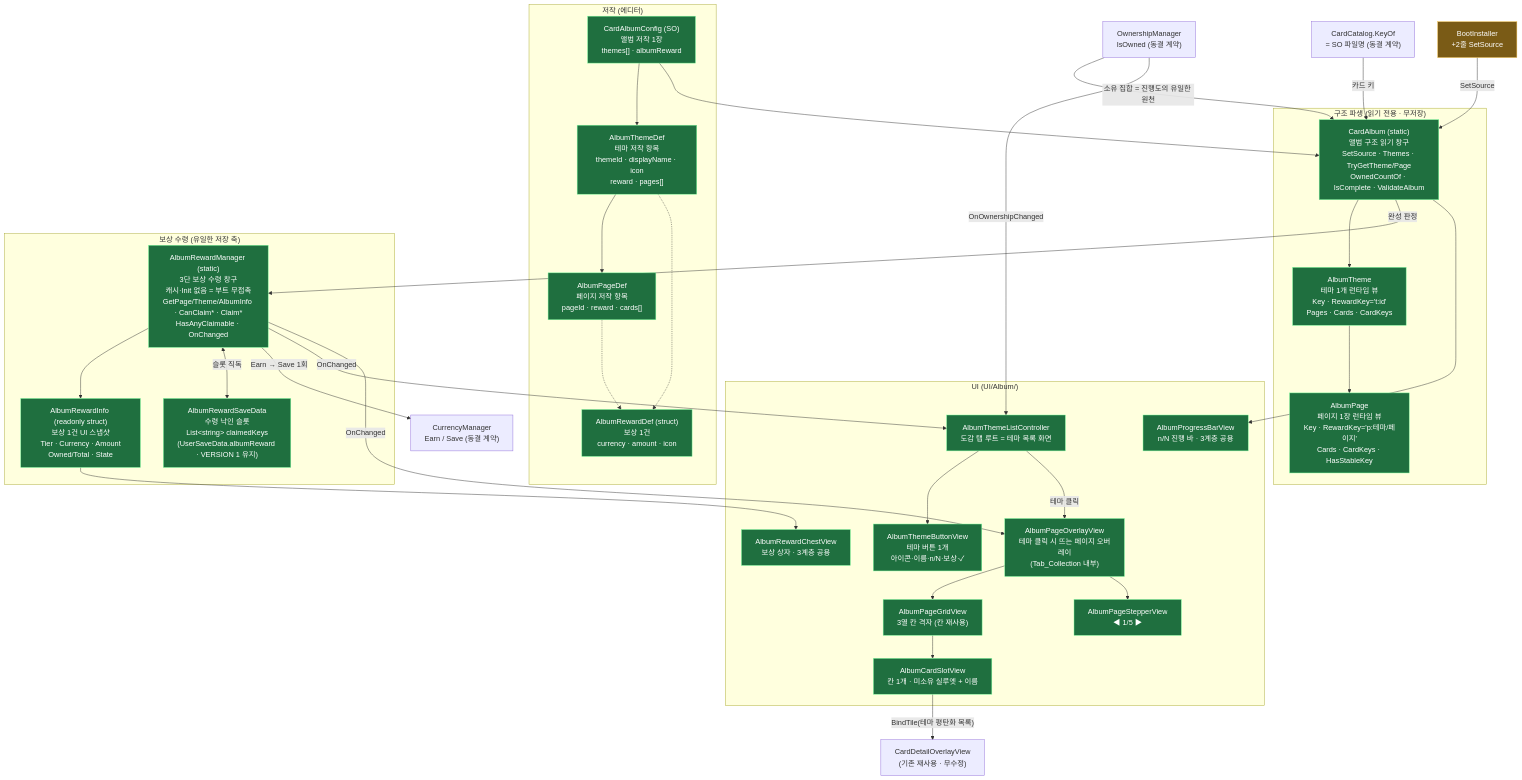
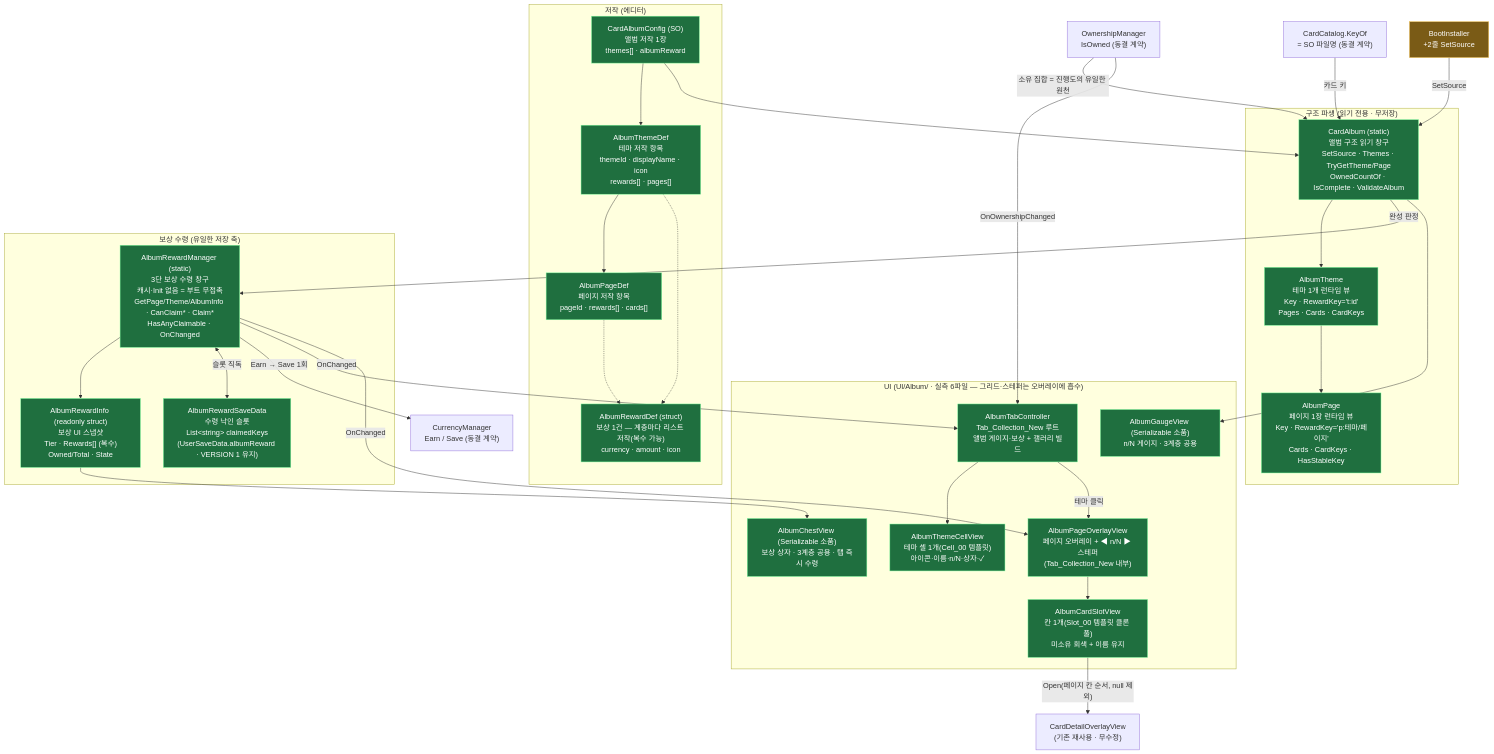
Diagram 19 of 19 in docs/OutGamePlan/STRUCTURE.md (hspark-maker/TeamfightTCG_Migriation), drawn with Mermaid before and after one commit. The commit also changed other lines of this file and 43 other files, not shown here.

````diff
--- a/docs/OutGamePlan/STRUCTURE.md
+++ b/docs/OutGamePlan/STRUCTURE.md
@@ -926,60 +930,57 @@
 ```mermaid
 flowchart TD
     subgraph AUTH["저작 (에디터)"]
         CFG["CardAlbumConfig (SO)<br/>앨범 저작 1장<br/>themes[] · albumReward"]:::new
-        TDEF["AlbumThemeDef<br/>테마 저작 항목<br/>themeId · displayName · icon<br/>reward · pages[]"]:::new
-        PDEF["AlbumPageDef<br/>페이지 저작 항목<br/>pageId · reward · cards[]"]:::new
-        RDEF["AlbumRewardDef (struct)<br/>보상 1건<br/>currency · amount · icon"]:::new
+        TDEF["AlbumThemeDef<br/>테마 저작 항목<br/>themeId · displayName · icon<br/>rewards[] · pages[]"]:::new
+        PDEF["AlbumPageDef<br/>페이지 저작 항목<br/>pageId · rewards[] · cards[]"]:::new
+        RDEF["AlbumRewardDef (struct)<br/>보상 1건 — 계층마다 리스트 저작(복수 가능)<br/>currency · amount · icon"]:::new
     end
     subgraph DERIVE["구조 파생 (읽기 전용 · 무저장)"]
         BOOK["CardAlbum (static)<br/>앨범 구조 읽기 창구<br/>SetSource · Themes · TryGetTheme/Page<br/>OwnedCountOf · IsComplete · ValidateAlbum"]:::new
         THEME["AlbumTheme<br/>테마 1개 런타임 뷰<br/>Key · RewardKey='t:id'<br/>Pages · Cards · CardKeys"]:::new
         PAGE["AlbumPage<br/>페이지 1장 런타임 뷰<br/>Key · RewardKey='p:테마/페이지'<br/>Cards · CardKeys · HasStableKey"]:::new
     end
     subgraph CLAIM["보상 수령 (유일한 저장 축)"]
         RMGR["AlbumRewardManager (static)<br/>3단 보상 수령 창구<br/>캐시·Init 없음 = 부트 무접촉<br/>GetPage/Theme/AlbumInfo · CanClaim* · Claim*<br/>HasAnyClaimable · OnChanged"]:::new
-        RINFO["AlbumRewardInfo (readonly struct)<br/>보상 1건 UI 스냅샷<br/>Tier · Currency · Amount<br/>Owned/Total · State"]:::new
+        RINFO["AlbumRewardInfo (readonly struct)<br/>보상 UI 스냅샷<br/>Tier · Rewards[] (복수)<br/>Owned/Total · State"]:::new
         SAVE["AlbumRewardSaveData<br/>수령 낙인 슬롯<br/>List&lt;string&gt; claimedKeys<br/>(UserSaveData.albumReward · VERSION 1 유지)"]:::new
     end
-    subgraph UI["UI (UI/Album/)"]
-        TAB["AlbumThemeListController<br/>도감 탭 루트 = 테마 목록 화면"]:::new
-        TBTN["AlbumThemeButtonView<br/>테마 버튼 1개<br/>아이콘·이름·n/N·보상·✓"]:::new
-        PANEL["AlbumPageOverlayView<br/>테마 클릭 시 뜨는 페이지 오버레이<br/>(Tab_Collection 내부)"]:::new
-        PVIEW["AlbumPageGridView<br/>3열 칸 격자 (칸 재사용)"]:::new
-        SLOT["AlbumCardSlotView<br/>칸 1개 · 미소유 실루엣 + 이름"]:::new
-        STEP["AlbumPageStepperView<br/>◀ 1/5 ▶"]:::new
-        BOX["AlbumRewardChestView<br/>보상 상자 · 3계층 공용"]:::new
-        PROG["AlbumProgressBarView<br/>n/N 진행 바 · 3계층 공용"]:::new
+    subgraph UI["UI (UI/Album/ · 실측 6파일 — 그리드·스테퍼는 오버레이에 흡수)"]
+        TAB["AlbumTabController<br/>Tab_Collection_New 루트<br/>앨범 게이지·보상 + 갤러리 빌드"]:::new
+        TBTN["AlbumThemeCellView<br/>테마 셀 1개(Cell_00 템플릿)<br/>아이콘·이름·n/N·상자·✓"]:::new
+        PANEL["AlbumPageOverlayView<br/>페이지 오버레이 + ◀ n/N ▶ 스테퍼<br/>(Tab_Collection_New 내부)"]:::new
+        SLOT["AlbumCardSlotView<br/>칸 1개(Slot_00 템플릿 클론 풀)<br/>미소유 회색 + 이름 유지"]:::new
+        BOX["AlbumChestView (Serializable 소품)<br/>보상 상자 · 3계층 공용 · 탭 즉시 수령"]:::new
+        PROG["AlbumGaugeView (Serializable 소품)<br/>n/N 게이지 · 3계층 공용"]:::new
     end
     OWN["OwnershipManager<br/>IsOwned (동결 계약)"]
     CAT["CardCatalog.KeyOf<br/>= SO 파일명 (동결 계약)"]
     CUR["CurrencyManager<br/>Earn / Save (동결 계약)"]
     BOOTI["BootInstaller<br/>+2줄 SetSource"]:::chg
     DET["CardDetailOverlayView<br/>(기존 재사용 · 무수정)"]
 
     CFG --> TDEF --> PDEF
     TDEF -.-> RDEF
     PDEF -.-> RDEF
     BOOTI -->|SetSource| BOOK
     CFG --> BOOK
     BOOK --> THEME --> PAGE
     CAT -->|카드 키| BOOK
     OWN -->|"소유 집합 = 진행도의 유일한 원천"| BOOK
     BOOK -->|완성 판정| RMGR
     RMGR --> RINFO
     RMGR <-->|"슬롯 직독"| SAVE
     RMGR -->|Earn → Save 1회| CUR
     TAB --> TBTN
     TAB -->|테마 클릭| PANEL
-    PANEL --> PVIEW --> SLOT
-    PANEL --> STEP
+    PANEL --> SLOT
     RINFO --> BOX
     BOOK --> PROG
     RMGR -->|OnChanged| TAB
     RMGR -->|OnChanged| PANEL
     OWN -->|OnOwnershipChanged| TAB
-    SLOT -->|"BindTile(테마 평탄화 목록)"| DET
+    SLOT -->|"Open(페이지 칸 순서, null 제외)"| DET
 
     classDef new fill:#1f6f3f,stroke:#7CFC9E,color:#fff;
     classDef chg fill:#7a5b16,stroke:#f2c14e,color:#fff;
 ```
````
